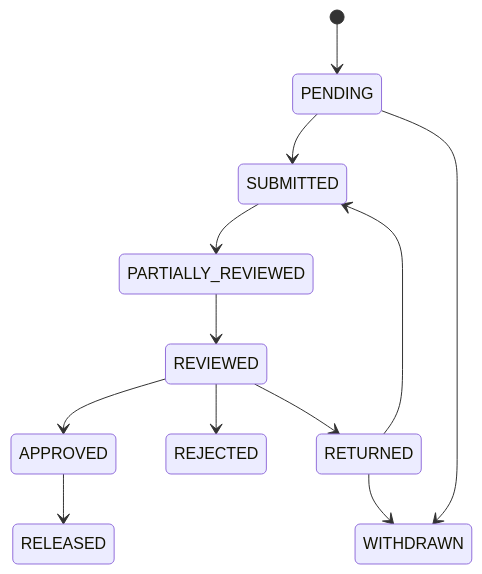
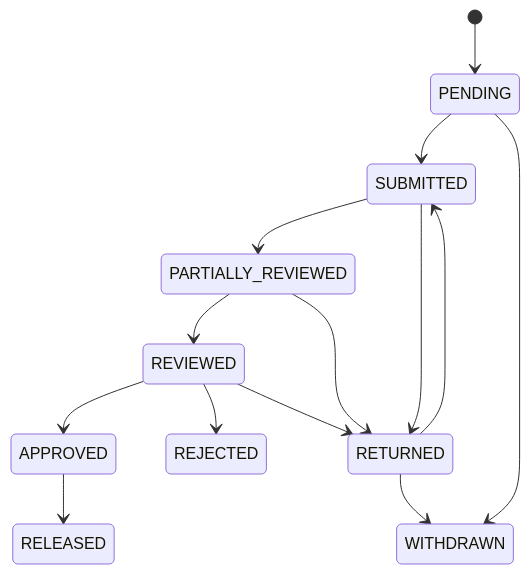
One commit to opensafely-core/airlock changed the diagram in docs/request-states.md. Above: the diagram before and after it, drawn with Mermaid. The commit also changed 2 other files, not shown here.

Commit message:
Allow new state transitions: Return can happen at any time so you can go from SUBMITTED and PARTIALLY_REVIEWED to RETURNED.

````diff
--- a/docs/request-states.md
+++ b/docs/request-states.md
@@ -6,14 +6,16 @@
 ```mermaid
 stateDiagram-v2
     [*] --> PENDING
     PENDING --> SUBMITTED
     PENDING --> WITHDRAWN
     SUBMITTED --> PARTIALLY_REVIEWED
+    SUBMITTED --> RETURNED
     PARTIALLY_REVIEWED --> REVIEWED
+    PARTIALLY_REVIEWED --> RETURNED
     REVIEWED --> APPROVED
     REVIEWED --> REJECTED
     REVIEWED --> RETURNED
     RETURNED --> SUBMITTED
     RETURNED --> WITHDRAWN
     APPROVED --> RELEASED
 ```
````
